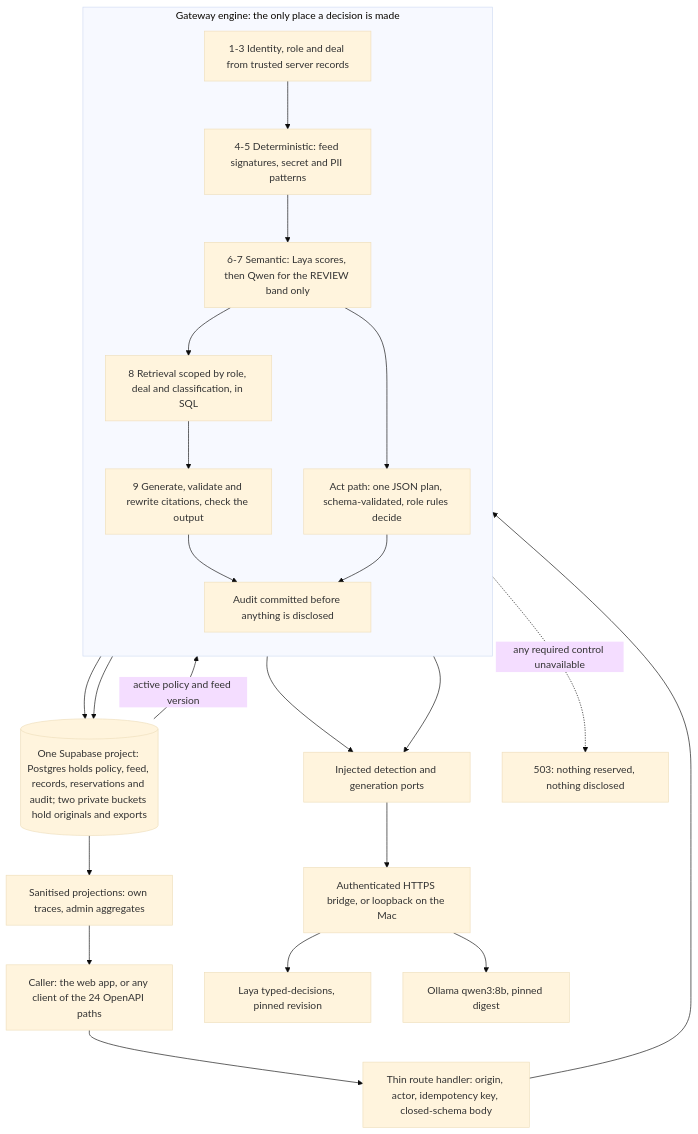
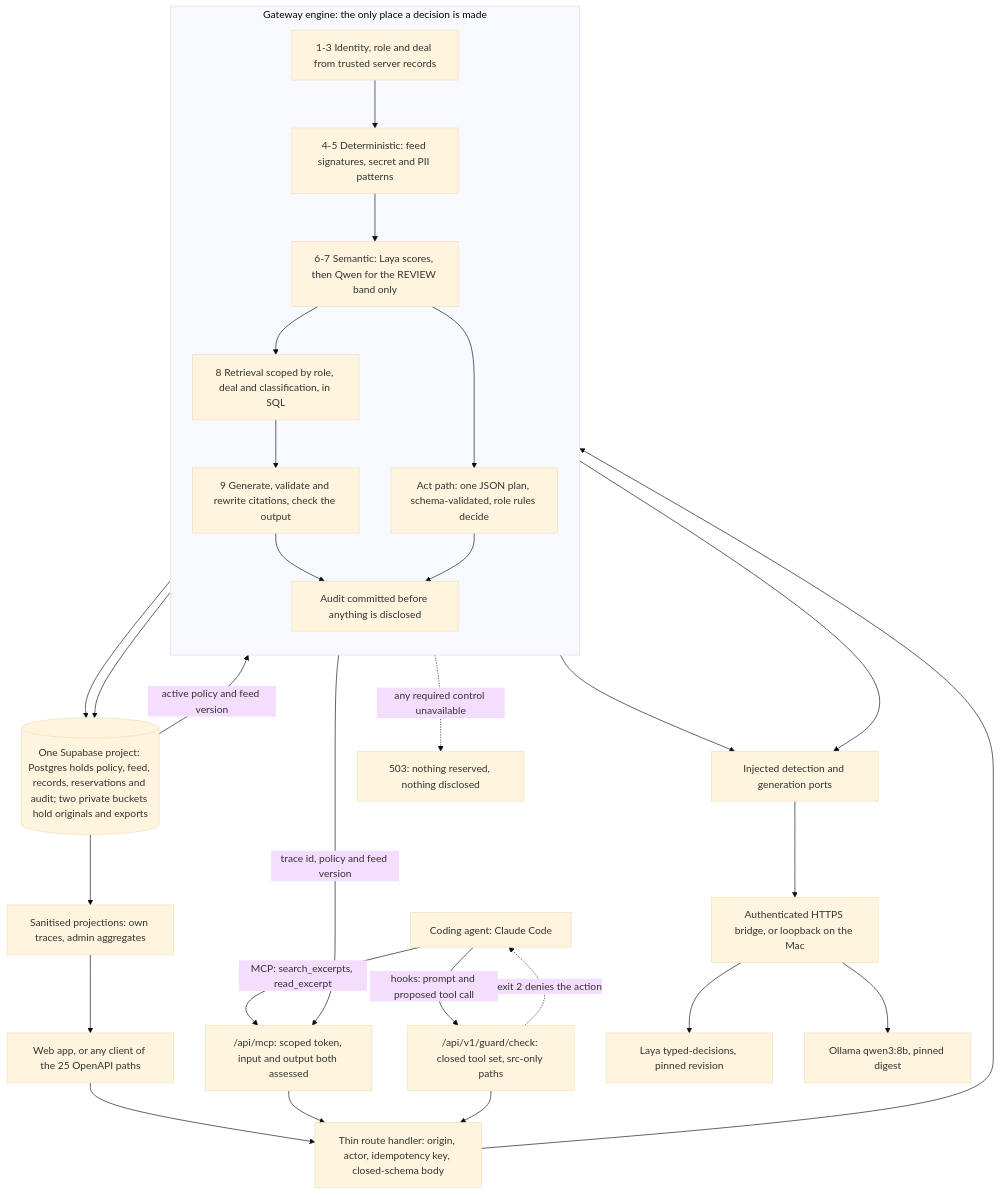
The diagram in README.md (Bartek201301/hackyeah-2026), drawn with Mermaid (base theme) before and after one commit. The commit also changed other lines of this file, not shown here.

First line of the commit message:
docs(readme): document the MCP server and the agent guard

````diff
--- a/README.md
+++ b/README.md
@@ -421,33 +469,40 @@
 ```mermaid
 flowchart TB
-  A["Caller: the web app, or any client of the 24 OpenAPI paths"]
+  A["Web app, or any client of the 25 OpenAPI paths"]
+  AG["Coding agent: Claude Code"]
   A --> R["Thin route handler: origin, actor, idempotency key, closed-schema body"]
+  AG -->|"MCP: search_excerpts, read_excerpt"| MC["/api/mcp: scoped token, input and output both assessed"]
+  AG -->|"hooks: prompt and proposed tool call"| GD["/api/v1/guard/check: closed tool set, src-only paths"]
+  MC --> R
+  GD --> R
   R --> S1
 
   subgraph E["Gateway engine: the only place a decision is made"]
     direction TB
     S1["1-3 Identity, role and deal from trusted server records"]
     S2["4-5 Deterministic: feed signatures, secret and PII patterns"]
     S3["6-7 Semantic: Laya scores, then Qwen for the REVIEW band only"]
     S4["8 Retrieval scoped by role, deal and classification, in SQL"]
     S5["9 Generate, validate and rewrite citations, check the output"]
     S6["Audit committed before anything is disclosed"]
     AC["Act path: one JSON plan, schema-validated, role rules decide"]
     S1 --> S2 --> S3 --> S4 --> S5 --> S6
     S3 --> AC --> S6
   end
 
   S3 --> M["Injected detection and generation ports"]
   S5 --> M
   M --> BR["Authenticated HTTPS bridge, or loopback on the Mac"]
   BR --> LA["Laya typed-decisions, pinned revision"]
   BR --> OL["Ollama qwen3:8b, pinned digest"]
 
   DB[("One Supabase project: Postgres holds policy, feed, records, reservations and audit; two private buckets hold originals and exports")]
   S6 --> DB
   S4 --> DB
   DB -->|"active policy and feed version"| S1
   DB --> PR["Sanitised projections: own traces, admin aggregates"]
   PR --> A
+  S6 -->|"trace id, policy and feed version"| MC
+  GD -.->|"exit 2 denies the action"| AG
   E -.->|"any required control unavailable"| F["503: nothing reserved, nothing disclosed"]
 ```
````
